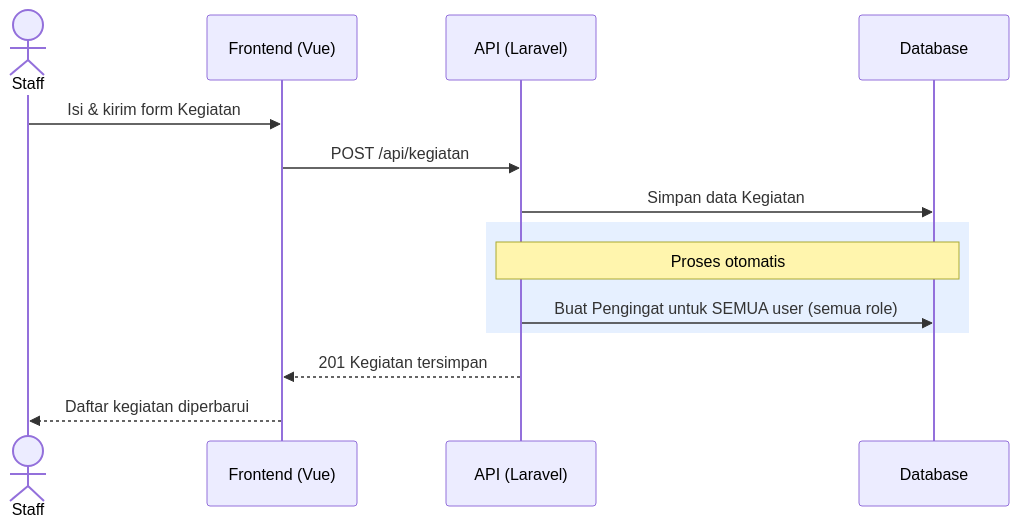
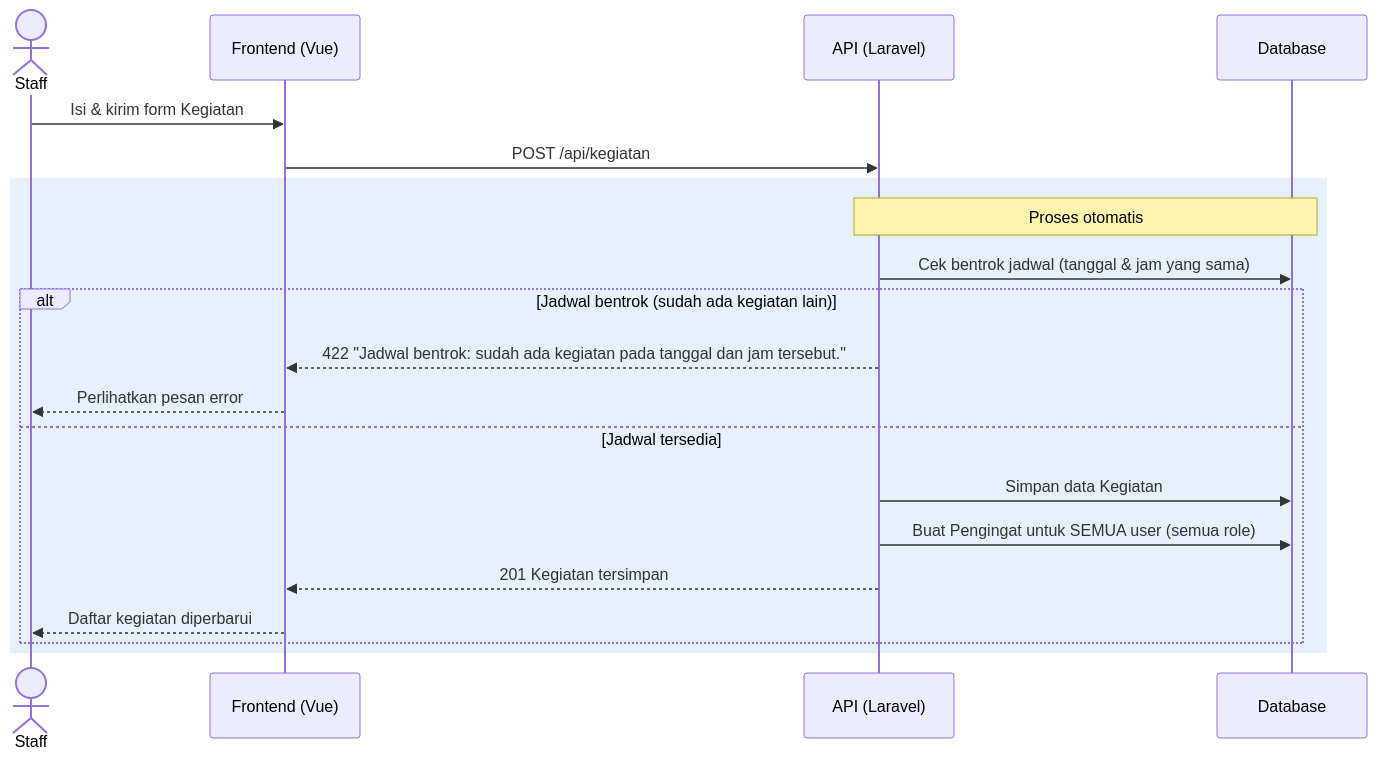
One commit to cisnatinnov/SI_Pengelolaan_Data_Agenda changed the fourth of 9 diagrams in laravel-vue-mvc/docs/UML_Documentation.md. Above: the diagram before and after it, drawn with Mermaid. The commit also changed other lines of this file and 2 other files, not shown here.

Commit message:
Enhance Kegiatan management: Implement automatic schedule conflict checks during event creation and updates; update documentation to reflect new functionality.

````diff
--- a/laravel-vue-mvc/docs/UML_Documentation.md
+++ b/laravel-vue-mvc/docs/UML_Documentation.md
@@ -158,19 +161,24 @@
 ```mermaid
 sequenceDiagram
     actor Staff
     participant UI as Frontend (Vue)
     participant API as API (Laravel)
     participant DB as Database
 
     Staff->>UI: Isi & kirim form Kegiatan
     UI->>API: POST /api/kegiatan
-    API->>DB: Simpan data Kegiatan
 
     rect rgb(230, 240, 255)
         Note over API,DB: Proses otomatis
-        API->>DB: Buat Pengingat untuk SEMUA user (semua role)
+        API->>DB: Cek bentrok jadwal (tanggal & jam yang sama)
+        alt Jadwal bentrok (sudah ada kegiatan lain)
+            API-->>UI: 422 "Jadwal bentrok: sudah ada kegiatan pada tanggal dan jam tersebut."
+            UI-->>Staff: Perlihatkan pesan error
+        else Jadwal tersedia
+            API->>DB: Simpan data Kegiatan
+            API->>DB: Buat Pengingat untuk SEMUA user (semua role)
+            API-->>UI: 201 Kegiatan tersimpan
+            UI-->>Staff: Daftar kegiatan diperbarui
+        end
     end
-
-    API-->>UI: 201 Kegiatan tersimpan
-    UI-->>Staff: Daftar kegiatan diperbarui
 ```
````
